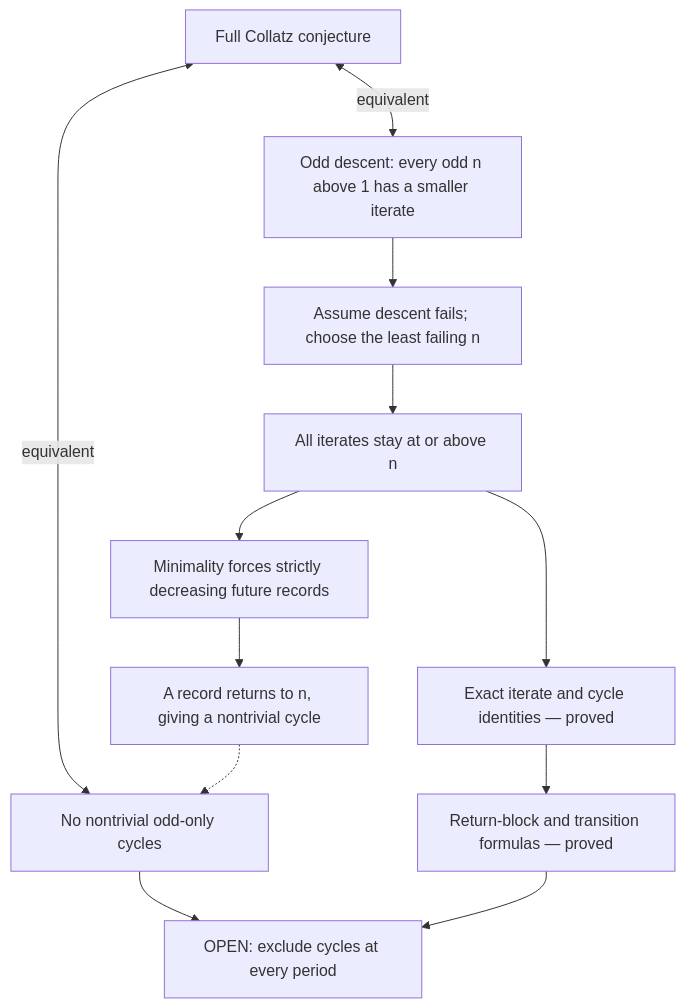
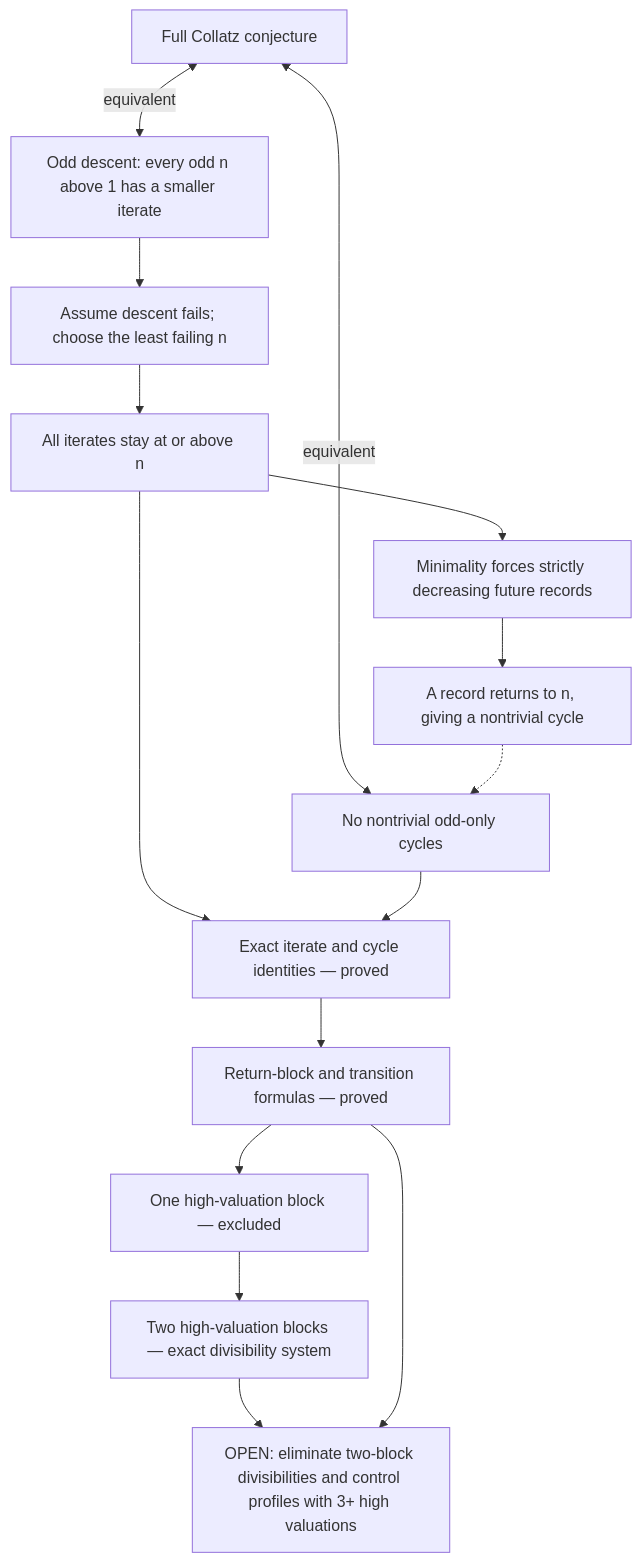
The diagram in ROADMAP.md (bassnicole1026-pixel/uctproject), drawn with Mermaid before and after one commit. The commit also changed other lines of this file and 1 other file, not shown here.

Commit message:
Reduce two-block Collatz cycles to divisibilities

````diff
--- a/ROADMAP.md
+++ b/ROADMAP.md
@@ -1047,14 +1101,17 @@
 ```mermaid
 flowchart TD
     C["Full Collatz conjecture"] <-->|equivalent| D["Odd descent: every odd n above 1 has a smaller iterate"]
     C <-->|equivalent| Q["No nontrivial odd-only cycles"]
     D --> H["Assume descent fails; choose the least failing n"]
     H --> N["All iterates stay at or above n"]
     N --> R["Minimality forces strictly decreasing future records"]
     R --> Y["A record returns to n, giving a nontrivial cycle"]
     Y -.-> Q
-    Q --> O["OPEN: exclude cycles at every period"]
     N --> I["Exact iterate and cycle identities — proved"]
+    Q --> I
     I --> B["Return-block and transition formulas — proved"]
+    B --> H1["One high-valuation block — excluded"]
+    H1 --> H2["Two high-valuation blocks — exact divisibility system"]
+    H2 --> O["OPEN: eliminate two-block divisibilities and control profiles with 3+ high valuations"]
     B --> O
 ```
````
